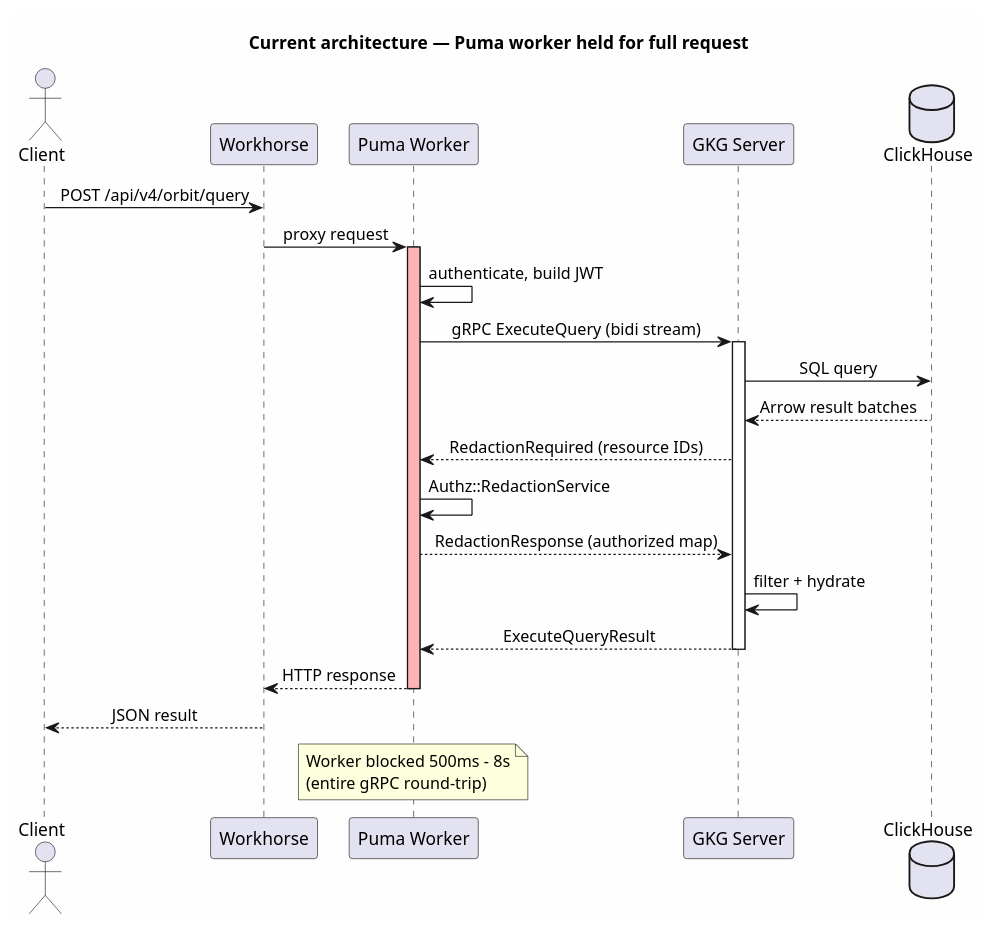
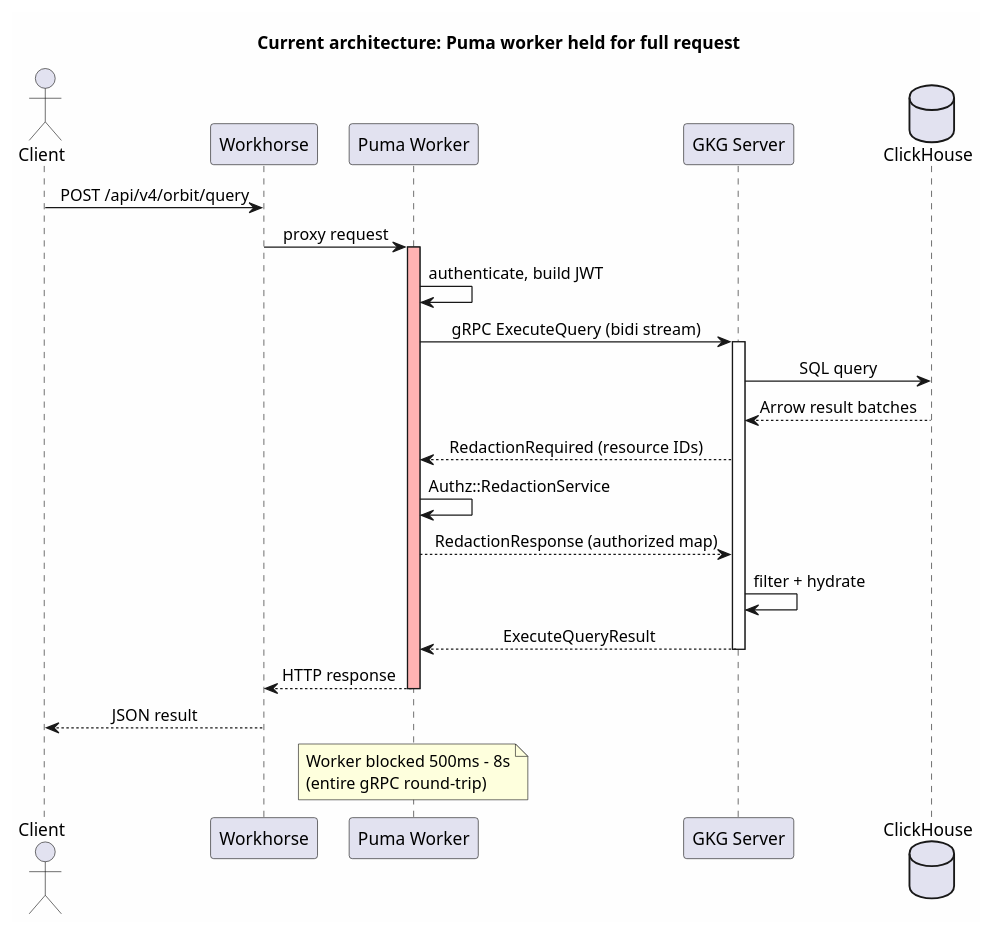
One commit to gitlabhq/orbit-knowledge-graph changed the first of 3 diagrams in docs/design-documents/decisions/008_workhorse_query_acceleration.md. Above: the diagram before and after it, drawn with PlantUML. The commit also changed other lines of this file and 1 other file, not shown here.

````diff
--- a/docs/design-documents/decisions/008_workhorse_query_acceleration.md
+++ b/docs/design-documents/decisions/008_workhorse_query_acceleration.md
@@ -32,35 +32,35 @@
 ```plantuml
 @startuml
 skinparam backgroundColor #FEFEFE
 skinparam sequenceMessageAlign center
-title Current architecture — Puma worker held for full request
+title Current architecture: Puma worker held for full request
 
 actor Client
 participant Workhorse
 participant "Puma Worker" as Puma
 participant "GKG Server" as GKG
 database ClickHouse
 
 Client -> Workhorse: POST /api/v4/orbit/query
 Workhorse -> Puma: proxy request
 activate Puma #FFB3B3
 
 Puma -> Puma: authenticate, build JWT
 Puma -> GKG: gRPC ExecuteQuery (bidi stream)
 activate GKG
 GKG -> ClickHouse: SQL query
 ClickHouse --> GKG: Arrow result batches
 GKG --> Puma: RedactionRequired (resource IDs)
 Puma -> Puma: Authz::RedactionService
 Puma --> GKG: RedactionResponse (authorized map)
 GKG -> GKG: filter + hydrate
 GKG --> Puma: ExecuteQueryResult
 deactivate GKG
 
 Puma --> Workhorse: HTTP response
 deactivate Puma
 Workhorse --> Client: JSON result
 
 note over Puma: Worker blocked 500ms – 8s\n(entire gRPC round-trip)
 @enduml
 ```
````
